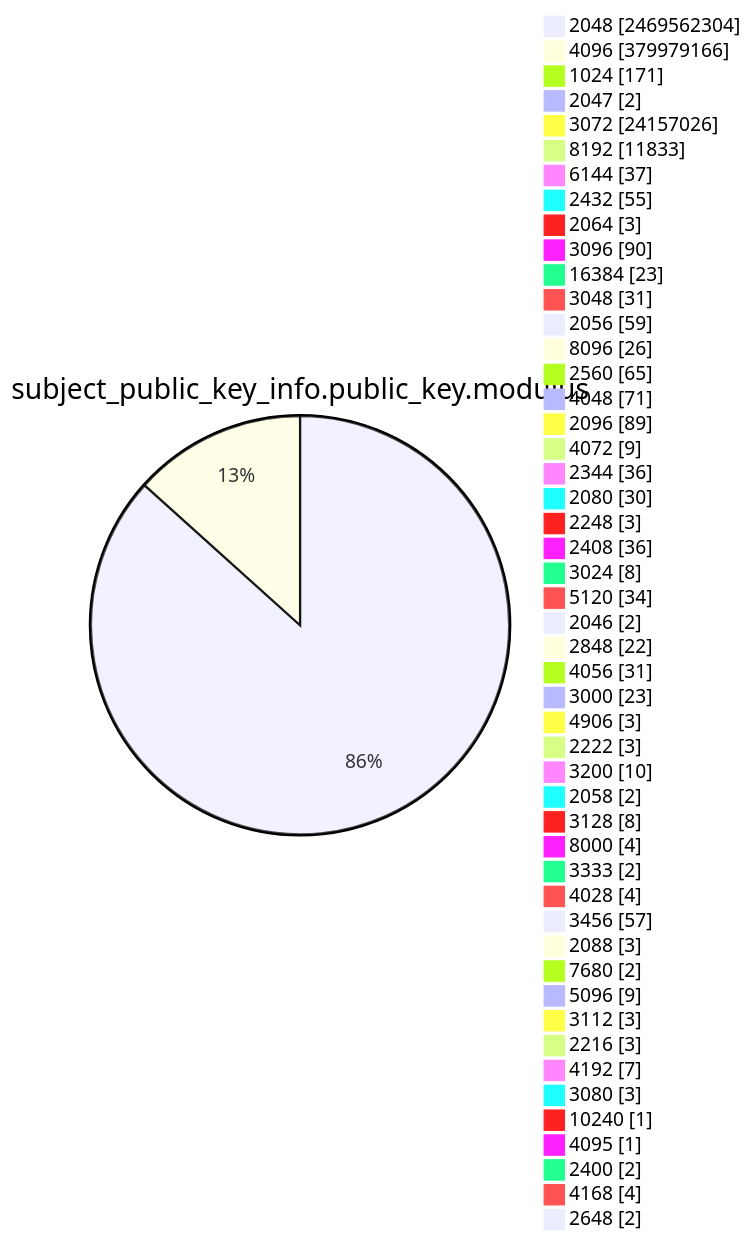
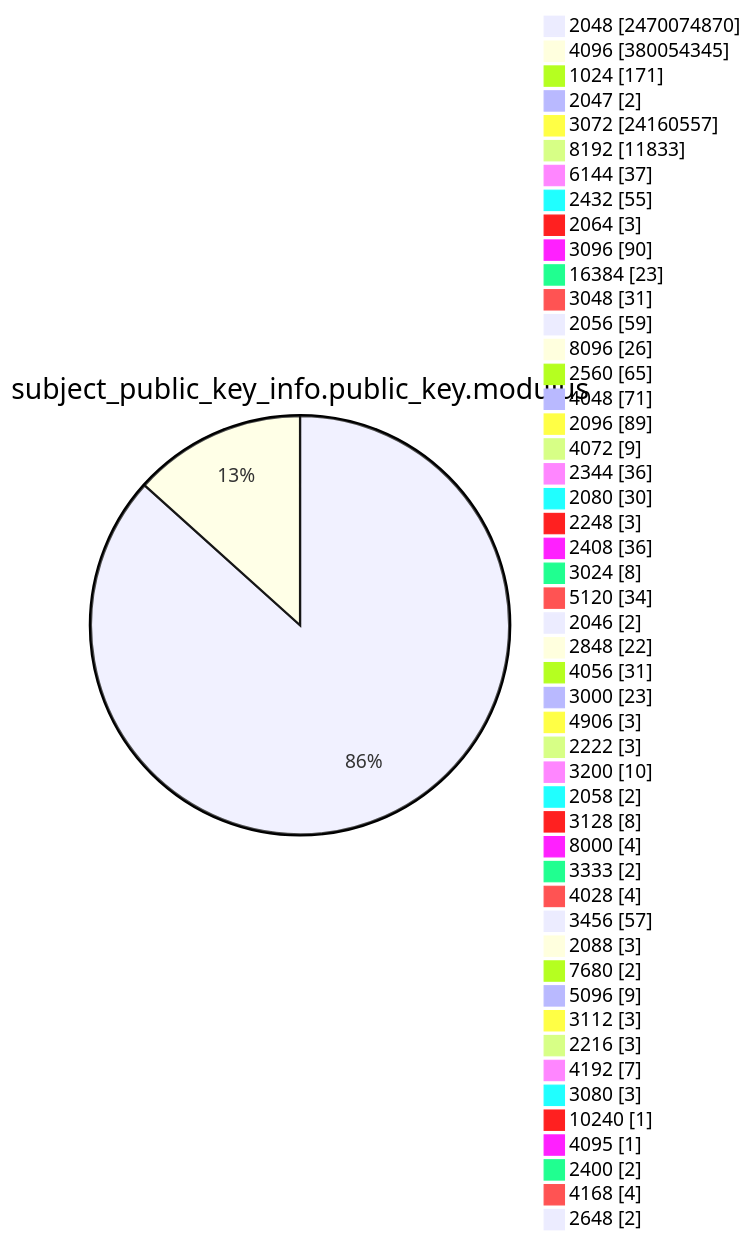
One commit to christiankrug/ctmonitor_visualization changed diagram 13 of 15 in TOTAL/README.md. Above: the diagram before and after it, drawn with Mermaid. The commit also changed other lines of this file, not shown here.

````diff
--- a/TOTAL/README.md
+++ b/TOTAL/README.md
@@ -4168,53 +4168,53 @@
 ```mermaid
 pie showData
 title subject_public_key_info.public_key.modulus
-"2048" :2469562304
-"4096" :379979166
+"2048" :2470074870
+"4096" :380054345
 "1024" :171
 "2047" :2
-"3072" :24157026
+"3072" :24160557
 "8192" :11833
 "6144" :37
 "2432" :55
 "2064" :3
 "3096" :90
 "16384" :23
 "3048" :31
 "2056" :59
 "8096" :26
 "2560" :65
 "4048" :71
 "2096" :89
 "4072" :9
 "2344" :36
 "2080" :30
 "2248" :3
 "2408" :36
 "3024" :8
 "5120" :34
 "2046" :2
 "2848" :22
 "4056" :31
 "3000" :23
 "4906" :3
 "2222" :3
 "3200" :10
 "2058" :2
 "3128" :8
 "8000" :4
 "3333" :2
 "4028" :4
 "3456" :57
 "2088" :3
 "7680" :2
 "5096" :9
 "3112" :3
 "2216" :3
 "4192" :7
 "3080" :3
 "10240" :1
 "4095" :1
 "2400" :2
 "4168" :4
 "2648" :2
 ```
````
